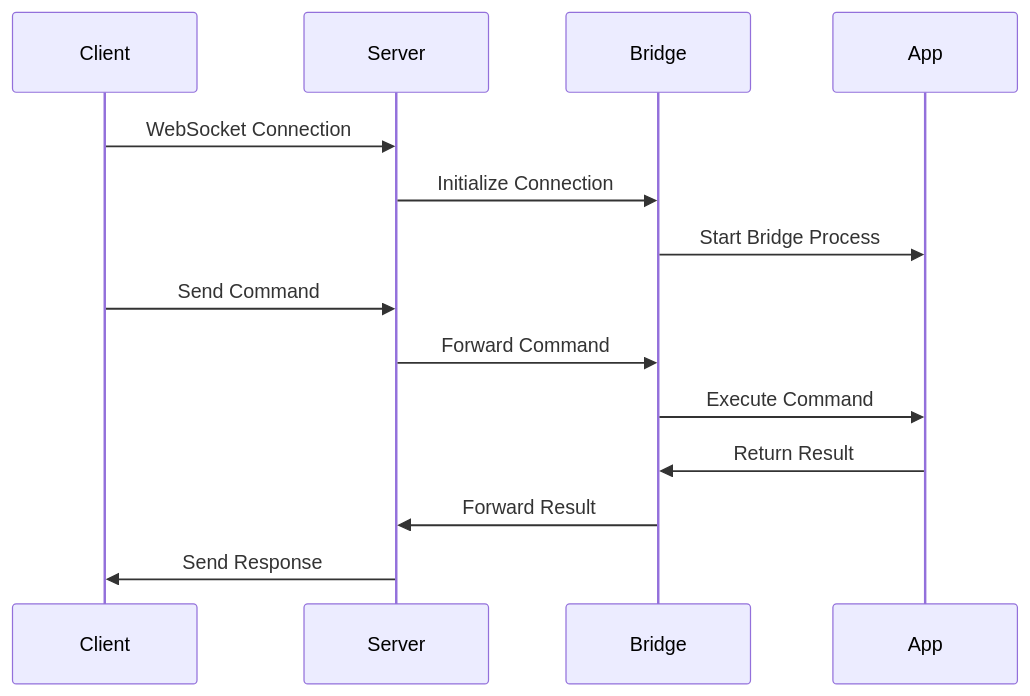
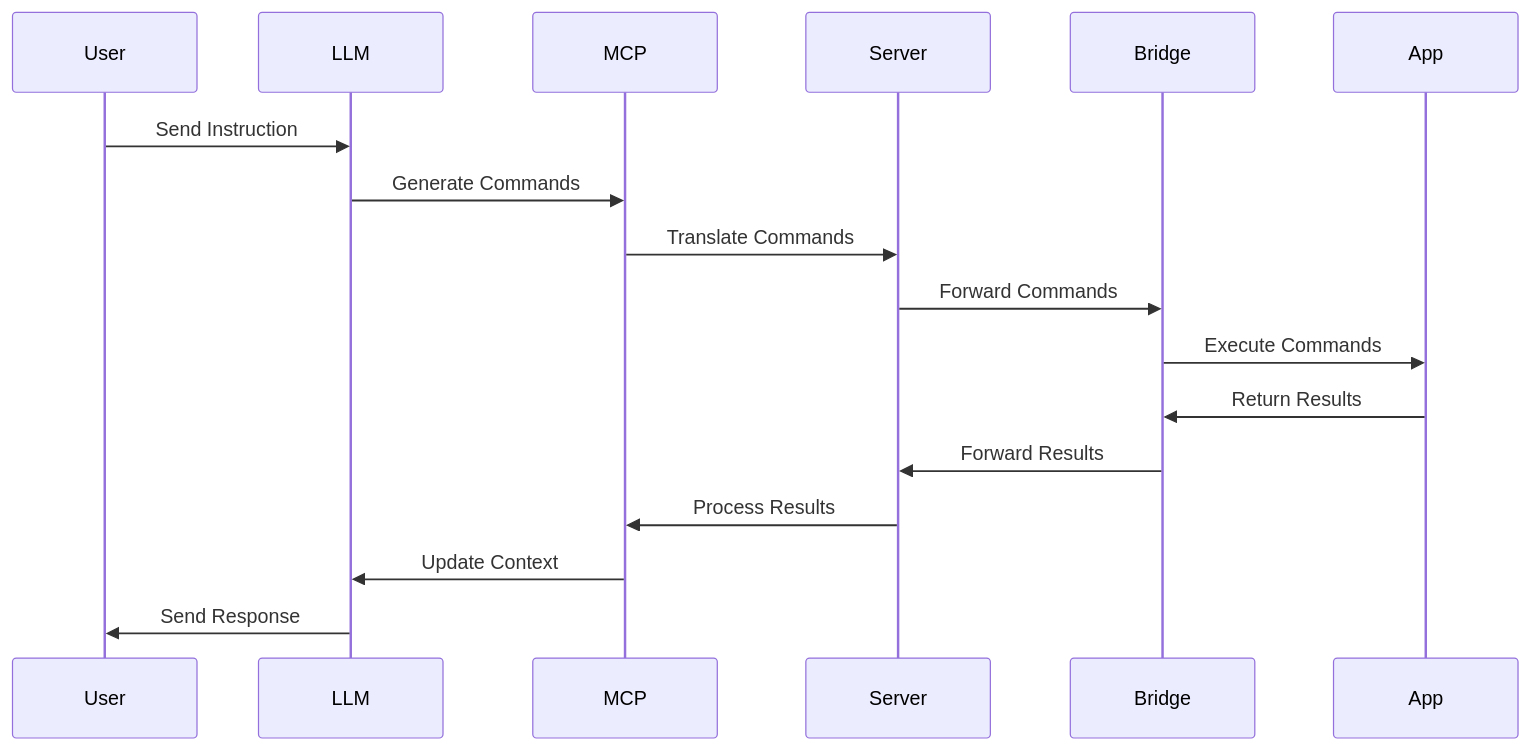
One commit to lightfastai/computer changed the eighth of 10 diagrams in docs/ARCHITECTURE.md. Above: the diagram before and after it, drawn with Mermaid. The commit also changed other lines of this file and 1 other file, not shown here.

````diff
--- a/docs/ARCHITECTURE.md
+++ b/docs/ARCHITECTURE.md
@@ -166,18 +371,20 @@
 ```mermaid
 sequenceDiagram
-    participant Client
+    participant User
+    participant LLM
+    participant MCP
     participant Server
     participant Bridge
     participant App
 
-    Client->>Server: WebSocket Connection
-    Server->>Bridge: Initialize Connection
-    Bridge->>App: Start Bridge Process
-
-    Client->>Server: Send Command
-    Server->>Bridge: Forward Command
-    Bridge->>App: Execute Command
-    App->>Bridge: Return Result
-    Bridge->>Server: Forward Result
-    Server->>Client: Send Response
+    User->>LLM: Send Instruction
+    LLM->>MCP: Generate Commands
+    MCP->>Server: Translate Commands
+    Server->>Bridge: Forward Commands
+    Bridge->>App: Execute Commands
+    App->>Bridge: Return Results
+    Bridge->>Server: Forward Results
+    Server->>MCP: Process Results
+    MCP->>LLM: Update Context
+    LLM->>User: Send Response
 ```
````
